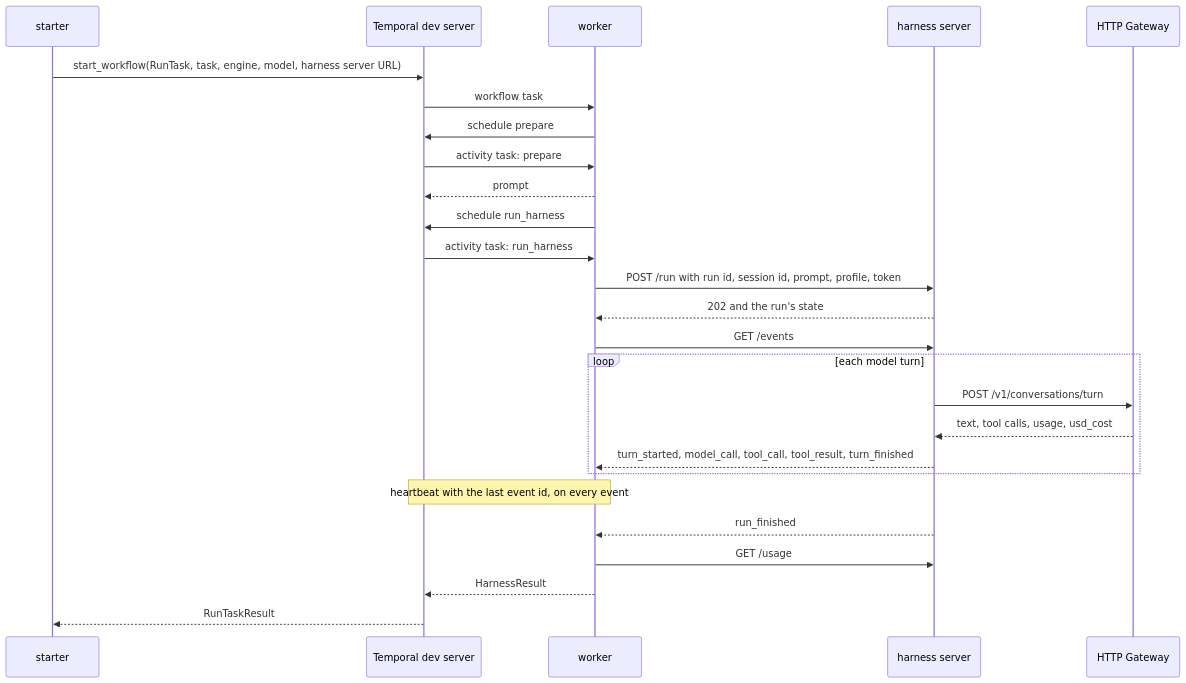
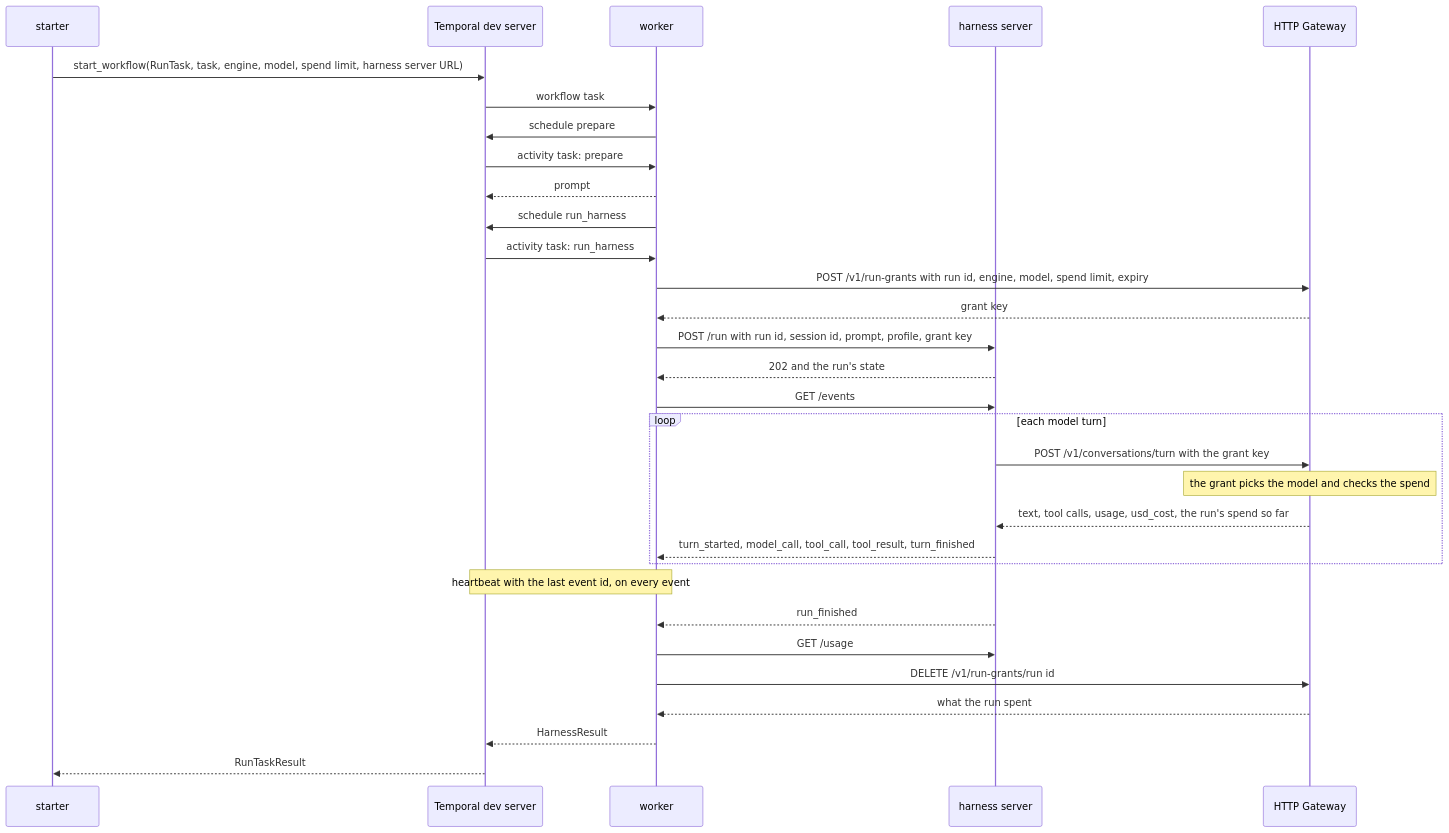
Before and after one commit to davecthomas/meta-harness: the diagram in samples/temporal-run-task/README.md, drawn with Mermaid. The commit also changed other lines of this file and 16 other files, not shown here.

First line of the commit message:
harness/run-grants: pi's model calls run on a run grant

````diff
--- a/samples/temporal-run-task/README.md
+++ b/samples/temporal-run-task/README.md
@@ -70,28 +83,33 @@
 ```mermaid
 sequenceDiagram
     participant S as starter
     participant T as Temporal dev server
     participant W as worker
     participant H as harness server
     participant G as HTTP Gateway
-    S->>T: start_workflow(RunTask, task, engine, model, harness server URL)
+    S->>T: start_workflow(RunTask, task, engine, model, spend limit, harness server URL)
     T->>W: workflow task
     W->>T: schedule prepare
     T->>W: activity task: prepare
     W-->>T: prompt
     W->>T: schedule run_harness
     T->>W: activity task: run_harness
-    W->>H: POST /run with run id, session id, prompt, profile, token
+    W->>G: POST /v1/run-grants with run id, engine, model, spend limit, expiry
+    G-->>W: grant key
+    W->>H: POST /run with run id, session id, prompt, profile, grant key
     H-->>W: 202 and the run's state
     W->>H: GET /events
     loop each model turn
-        H->>G: POST /v1/conversations/turn
-        G-->>H: text, tool calls, usage, usd_cost
+        H->>G: POST /v1/conversations/turn with the grant key
+        Note over G: the grant picks the model and checks the spend
+        G-->>H: text, tool calls, usage, usd_cost, the run's spend so far
         H-->>W: turn_started, model_call, tool_call, tool_result, turn_finished
     end
     Note over W,T: heartbeat with the last event id, on every event
     H-->>W: run_finished
     W->>H: GET /usage
+    W->>G: DELETE /v1/run-grants/run id
+    G-->>W: what the run spent
     W-->>T: HarnessResult
     T-->>S: RunTaskResult
 ```
````
